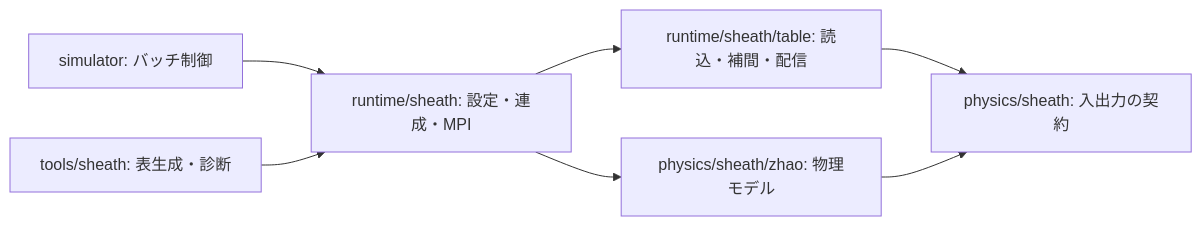
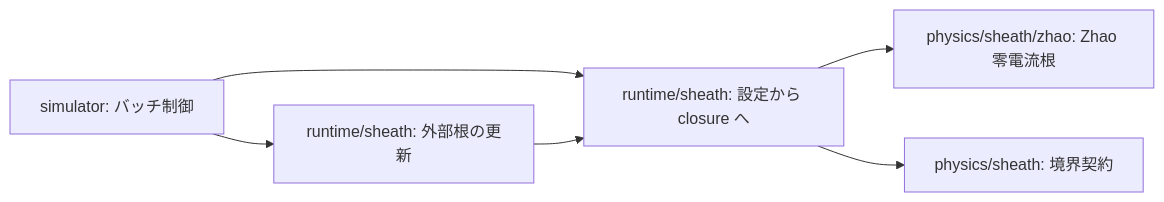
The second of 2 diagrams in docs/Architecture.md (Nkzono99/BEACH), drawn with Mermaid before and after one commit. The commit also changed other lines of this file and 143 other files, not shown here.

````diff
--- a/docs/Architecture.md
+++ b/docs/Architecture.md
@@ -191,9 +180,8 @@
 ```mermaid
 flowchart LR
-  simulator["simulator: バッチ制御"] --> runtime["runtime/sheath: 設定・連成・MPI"]
-  tools["tools/sheath: 表生成・診断"] --> runtime
-  runtime --> table["runtime/sheath/table: 読込・補間・配信"]
-  runtime --> zhao["physics/sheath/zhao: 物理モデル"]
-  table --> contract["physics/sheath: 入出力の契約"]
-  zhao --> contract
+  simulator["simulator: バッチ制御"] --> refresh["runtime/sheath: 外部根の更新"]
+  simulator --> model["runtime/sheath: 設定から closure へ"]
+  refresh --> model
+  model --> zhao["physics/sheath/zhao: Zhao 零電流根"]
+  model --> contract["physics/sheath: 境界契約"]
 ```
````
